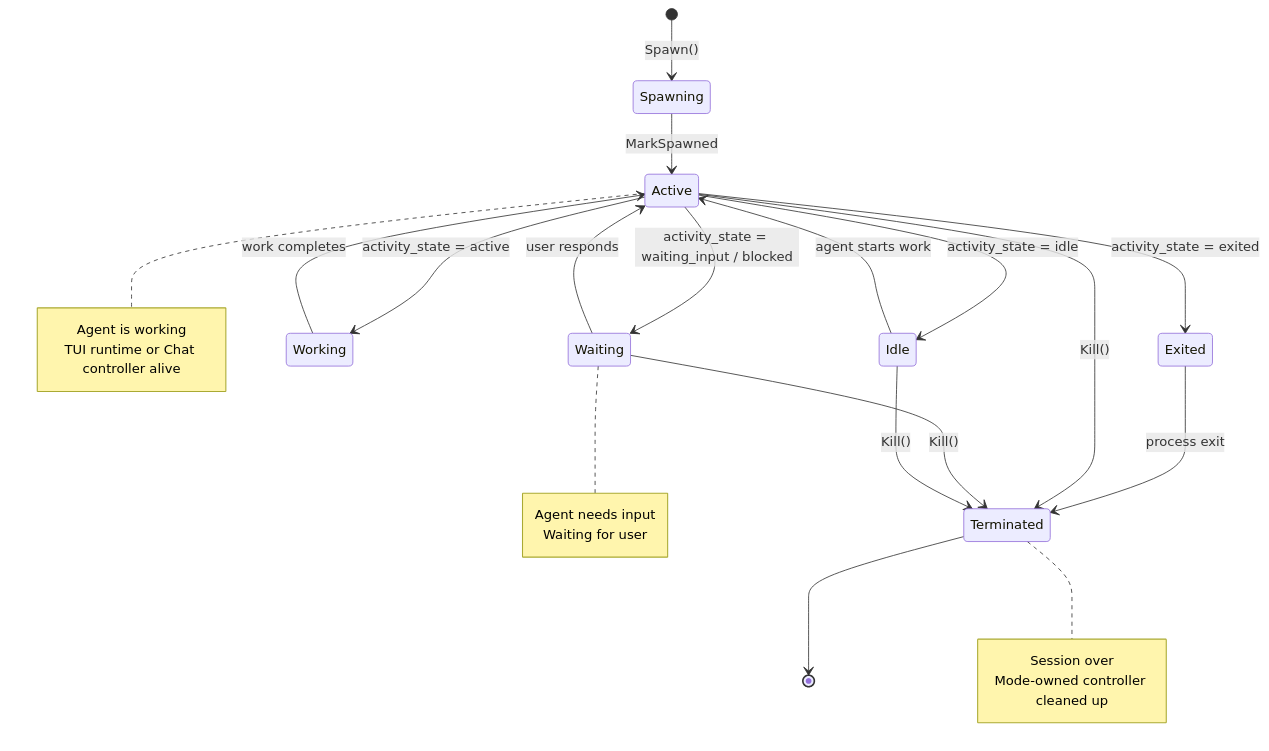
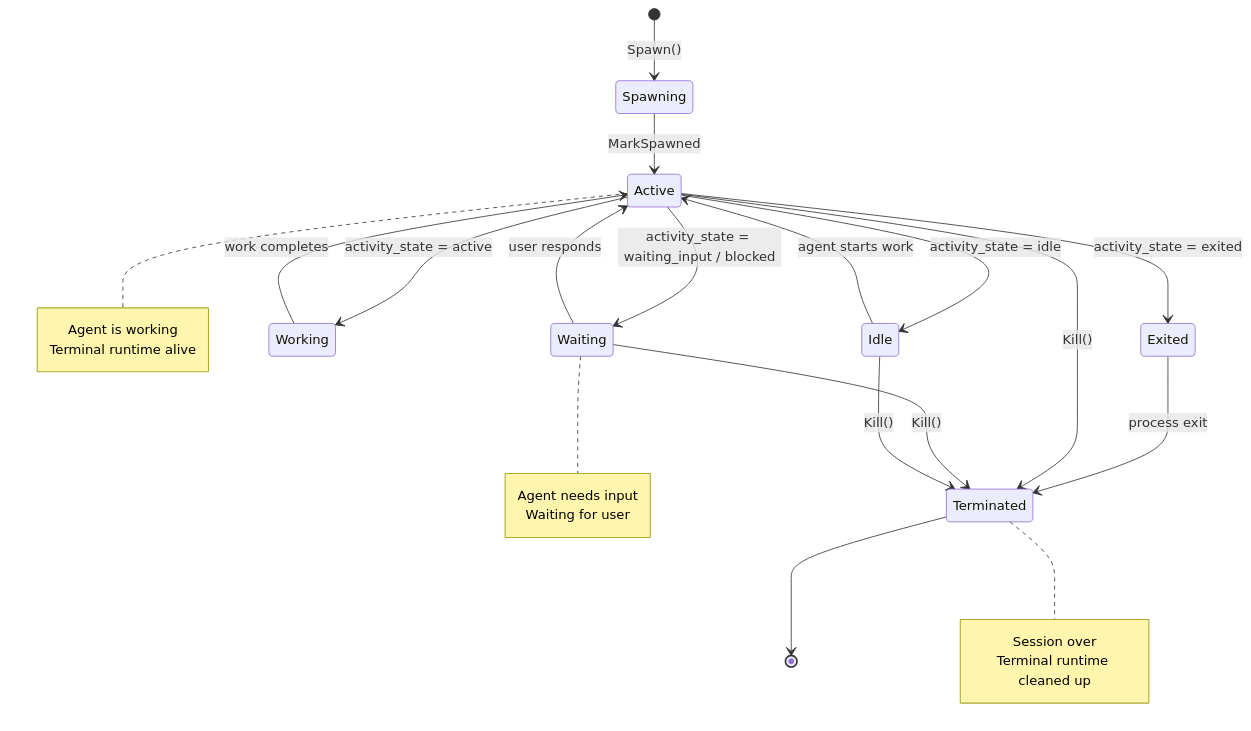
One commit to OmarAly92/Operator changed diagram 15 of 23 in docs/architecture.md. Above: the diagram before and after it, drawn with Mermaid. The commit also changed other lines of this file and 38 other files, not shown here.

````diff
--- a/docs/architecture.md
+++ b/docs/architecture.md
@@ -594,32 +563,32 @@
 ```mermaid
 stateDiagram-v2
     [*] --> Spawning: Spawn()
     Spawning --> Active: MarkSpawned
     Active --> Idle: activity_state = idle
     Active --> Working: activity_state = active
     Active --> Waiting: activity_state = waiting_input / blocked
     Active --> Exited: activity_state = exited
     Working --> Active: work completes
     Waiting --> Active: user responds
     Idle --> Active: agent starts work
     Exited --> Terminated: process exit
     Active --> Terminated: Kill()
     Waiting --> Terminated: Kill()
     Idle --> Terminated: Kill()
     Terminated --> [*]
 
     note right of Active
         Agent is working
-        TUI runtime or Chat controller alive
+        Terminal runtime alive
     end note
 
     note right of Waiting
         Agent needs input
         Waiting for user
     end note
 
     note right of Terminated
         Session over
-        Mode-owned controller cleaned up
+        Terminal runtime cleaned up
     end note
 ```
````
